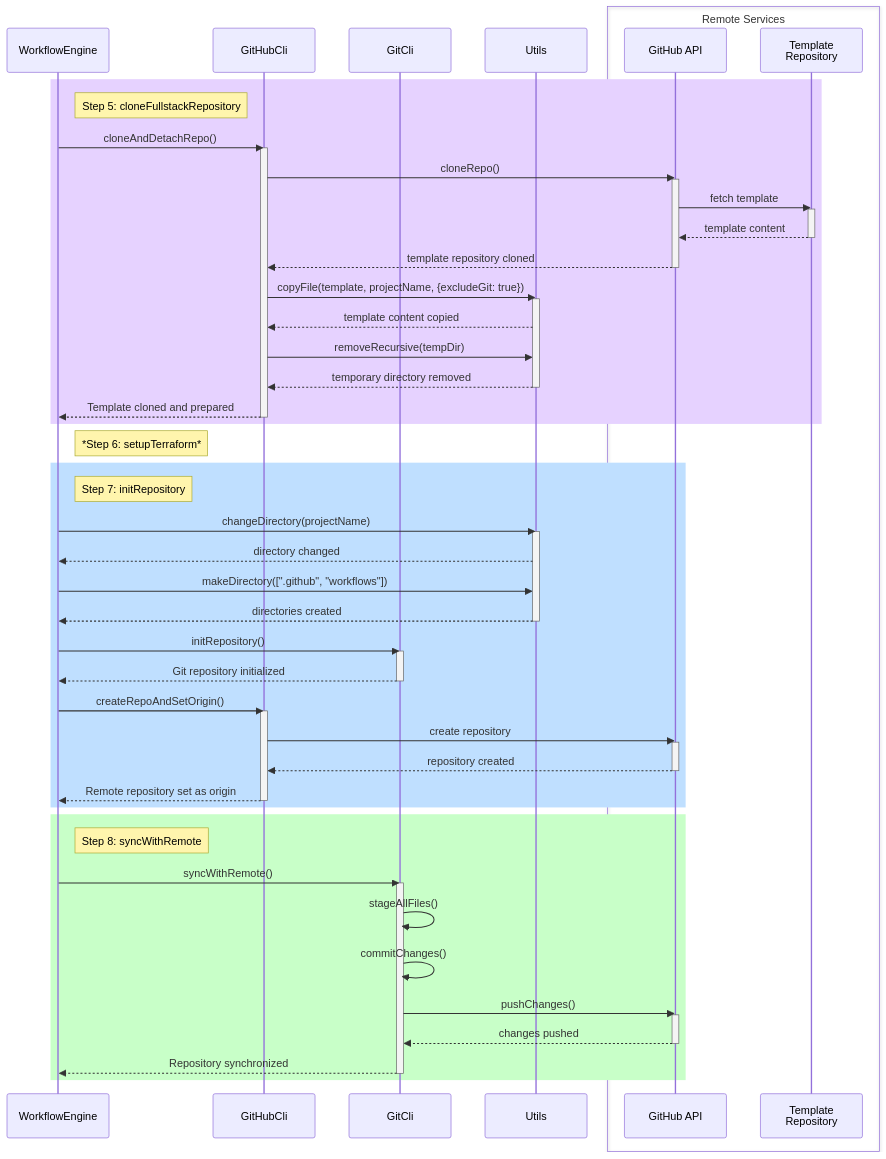
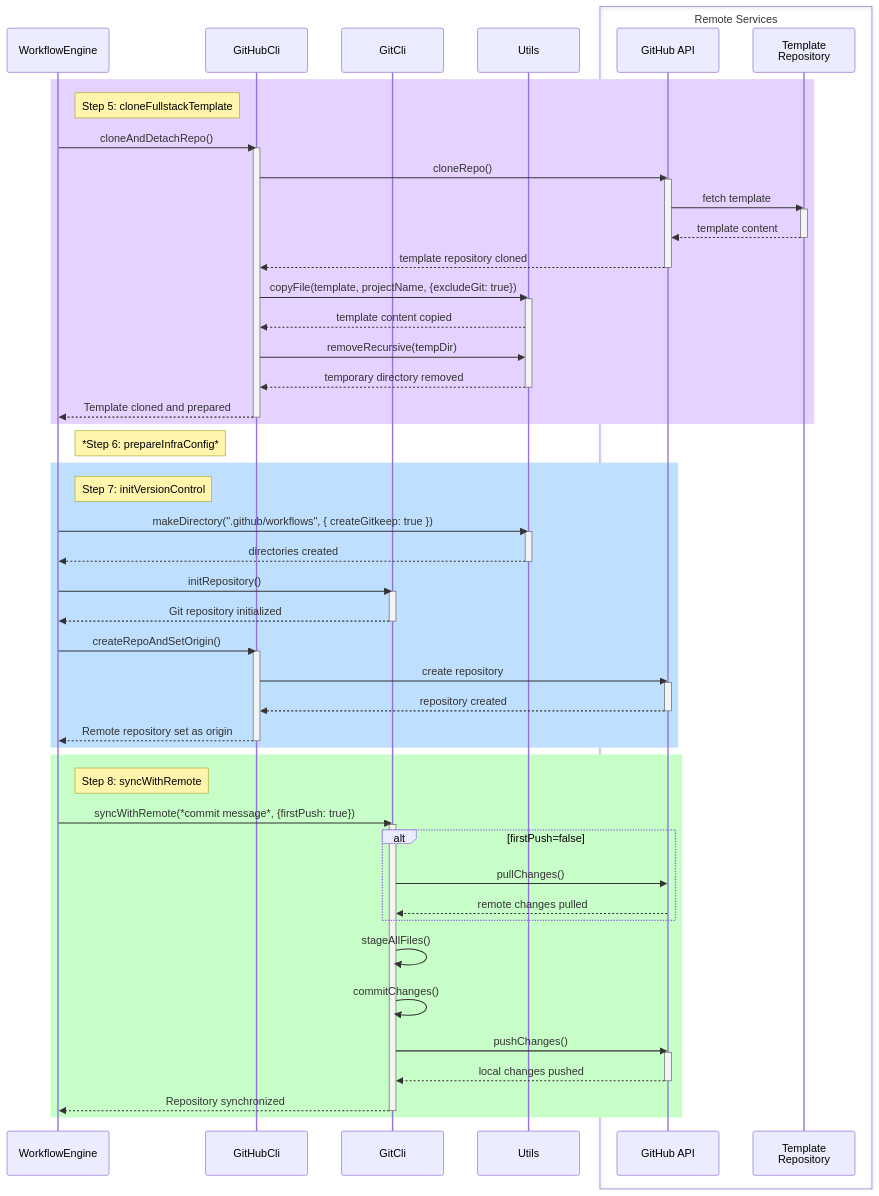
Before and after one commit to oscarmarcussen/master_diagram: the diagram in sequence_diagrams/new/050708_repository.mmd, drawn with Mermaid. The commit also changed 12 other files, not shown here.

Commit message:
make better sequence diagrams

```diff
--- a/sequence_diagrams/new/050708_repository.mmd
+++ b/sequence_diagrams/new/050708_repository.mmd
@@ -1,77 +1,79 @@
 ---
 config:
   theme: default
   look: classic
 ---
 sequenceDiagram
     participant WE as WorkflowEngine
     participant GH as GitHubCli
     participant Git as GitCli
     participant Utils
     
     box Remote Services
     participant GHAPI as GitHub API
     participant Template as Template<br>Repository
     end
     
     rect rgb(230, 210, 255)
-    note right of WE: Step 5: cloneFullstackRepository
+    note right of WE: Step 5: cloneFullstackTemplate
     WE->>GH: cloneAndDetachRepo()
     activate GH
     GH->>GHAPI: cloneRepo()
     activate GHAPI
     GHAPI->>Template: fetch template
     activate Template
     Template-->>GHAPI: template content
     deactivate Template
     GHAPI-->>GH: template repository cloned
     deactivate GHAPI
     GH->>Utils: copyFile(template, projectName, {excludeGit: true})
     activate Utils
     Utils-->>GH: template content copied
     GH->>Utils: removeRecursive(tempDir)
     Utils-->>GH: temporary directory removed
     deactivate Utils
     GH-->>WE: Template cloned and prepared
     deactivate GH
     end
 
-    note right of WE: *Step 6: setupTerraform*
+    note right of WE: *Step 6: prepareInfraConfig*
     
     rect rgb(191, 223, 255)
-    note right of WE: Step 7: initRepository
-    WE->>Utils: changeDirectory(projectName)
+    note right of WE: Step 7: initVersionControl
+    WE->>Utils: makeDirectory(".github/workflows", { createGitkeep: true });
     activate Utils
-    Utils-->>WE: directory changed
-    WE->>Utils: makeDirectory([".github", "workflows"])
     Utils-->>WE: directories created
     deactivate Utils
     
     WE->>Git: initRepository()
     activate Git
     Git-->>WE: Git repository initialized
     deactivate Git
     
     WE->>GH: createRepoAndSetOrigin()
     activate GH
     GH->>GHAPI: create repository
     activate GHAPI
     GHAPI-->>GH: repository created
     deactivate GHAPI
     GH-->>WE: Remote repository set as origin
     deactivate GH
     end
     
     rect rgb(200, 255, 200)
     note right of WE: Step 8: syncWithRemote
-    WE->>Git: syncWithRemote()
+    WE->>Git: syncWithRemote(*commit message*, {firstPush: true})
     activate Git
+    alt firstPush=false
+      Git->>GHAPI: pullChanges()
+      GHAPI-->>Git: remote changes pulled
+    end
     Git->>Git: stageAllFiles()
     Git->>Git: commitChanges()
     Git->>GHAPI: pushChanges()
     activate GHAPI
-    GHAPI-->>Git: changes pushed
+    GHAPI-->>Git: local changes pushed
     deactivate GHAPI
     Git-->>WE: Repository synchronized
     deactivate Git
     end
```
